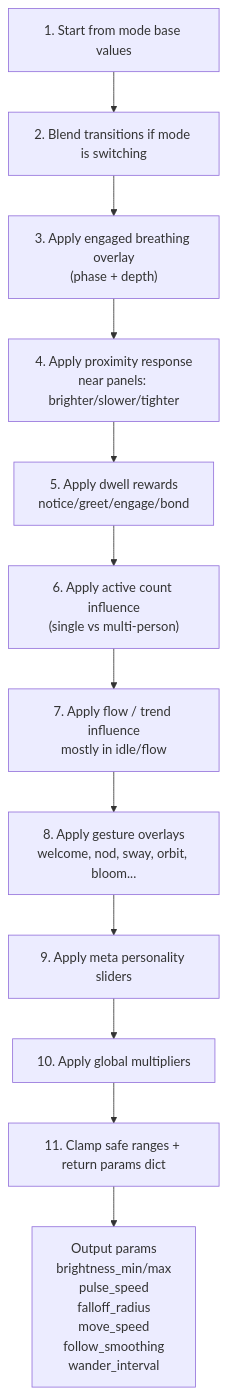
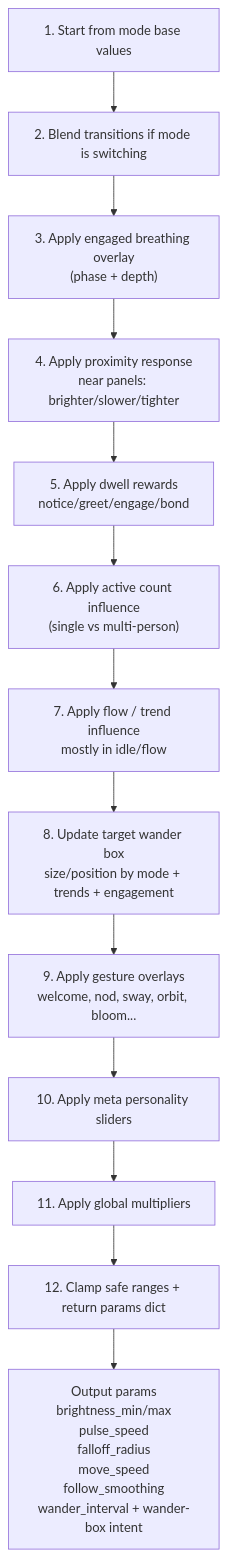
Before and after one commit to npuckett/dc-dev: the eighth of 14 diagrams in IO/CAMERA_TO_DMX_DIAGRAMS.md, drawn with Mermaid. The commit also changed other lines of this file and 1 other file, not shown here.

Commit message:
wander comparison

````diff
--- a/IO/CAMERA_TO_DMX_DIAGRAMS.md
+++ b/IO/CAMERA_TO_DMX_DIAGRAMS.md
@@ -206,15 +225,16 @@
 ```mermaid
 flowchart TB
     A["1. Start from mode base values"] --> B["2. Blend transitions if mode is switching"]
     B --> C["3. Apply engaged breathing overlay\n(phase + depth)"]
     C --> D["4. Apply proximity response\nnear panels: brighter/slower/tighter"]
     D --> E["5. Apply dwell rewards\nnotice/greet/engage/bond"]
     E --> F["6. Apply active count influence\n(single vs multi-person)"]
     F --> G["7. Apply flow / trend influence\nmostly in idle/flow"]
-    G --> H["8. Apply gesture overlays\nwelcome, nod, sway, orbit, bloom..."]
-    H --> I["9. Apply meta personality sliders"]
-    I --> J["10. Apply global multipliers"]
-    J --> K["11. Clamp safe ranges + return params dict"]
+    G --> H["8. Update target wander box\nsize/position by mode + trends + engagement"]
+    H --> I["9. Apply gesture overlays\nwelcome, nod, sway, orbit, bloom..."]
+    I --> J["10. Apply meta personality sliders"]
+    J --> K["11. Apply global multipliers"]
+    K --> L["12. Clamp safe ranges + return params dict"]
 
-    K --> OUT["Output params\nbrightness_min/max\npulse_speed\nfalloff_radius\nmove_speed\nfollow_smoothing\nwander_interval"]
+    L --> OUT["Output params\nbrightness_min/max\npulse_speed\nfalloff_radius\nmove_speed\nfollow_smoothing\nwander_interval + wander-box intent"]
 ```
````
